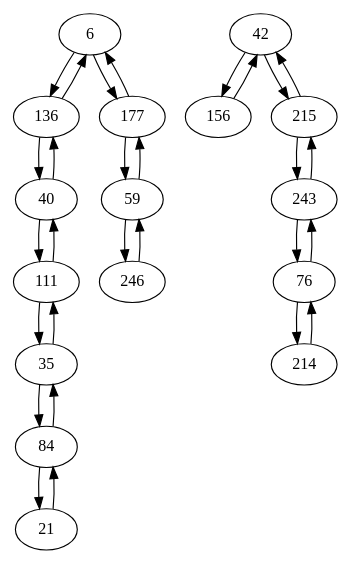
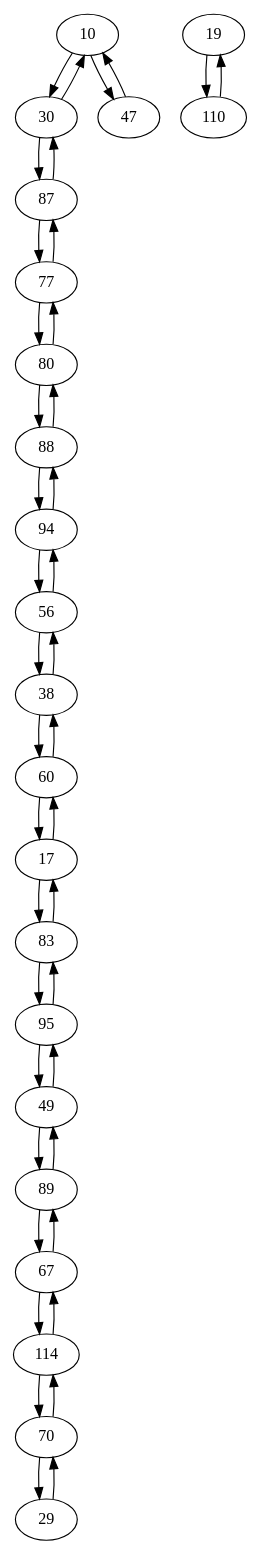
One commit to AuCson/Genome-Assembly-Implementation changed the diagram in external/dbg2olc/CleanedGraph.dot.dot. Above: the diagram before and after it, drawn with Graphviz. The commit also changed 79 other files, not shown here.

```diff
--- a/external/dbg2olc/CleanedGraph.dot.dot
+++ b/external/dbg2olc/CleanedGraph.dot.dot
@@ -1,30 +1,42 @@
 digraph G {
-6 -> 136;
-21 -> 84;
-35 -> 111;
-40 -> 111;
-42 -> 156;
-59 -> 246;
-76 -> 214;
-84 -> 21;
-111 -> 35;
-136 -> 6;
-177 -> 59;
-215 -> 42;
-243 -> 215;
-246 -> 59;
-6 -> 177;
-35 -> 84;
-40 -> 136;
-42 -> 215;
-59 -> 177;
-76 -> 243;
-84 -> 35;
-111 -> 40;
-136 -> 40;
-156 -> 42;
-177 -> 6;
-214 -> 76;
-215 -> 243;
-243 -> 76;
+10 -> 30;
+17 -> 60;
+30 -> 10;
+38 -> 60;
+47 -> 10;
+49 -> 95;
+56 -> 94;
+60 -> 38;
+67 -> 114;
+70 -> 114;
+77 -> 87;
+80 -> 77;
+83 -> 95;
+87 -> 77;
+88 -> 80;
+89 -> 67;
+94 -> 88;
+95 -> 49;
+114 -> 67;
+10 -> 47;
+17 -> 83;
+19 -> 110;
+29 -> 70;
+30 -> 87;
+38 -> 56;
+49 -> 89;
+56 -> 38;
+60 -> 17;
+67 -> 89;
+70 -> 29;
+77 -> 80;
+80 -> 88;
+83 -> 17;
+87 -> 30;
+88 -> 94;
+89 -> 49;
+94 -> 56;
+95 -> 83;
+110 -> 19;
+114 -> 70;
 }
```
